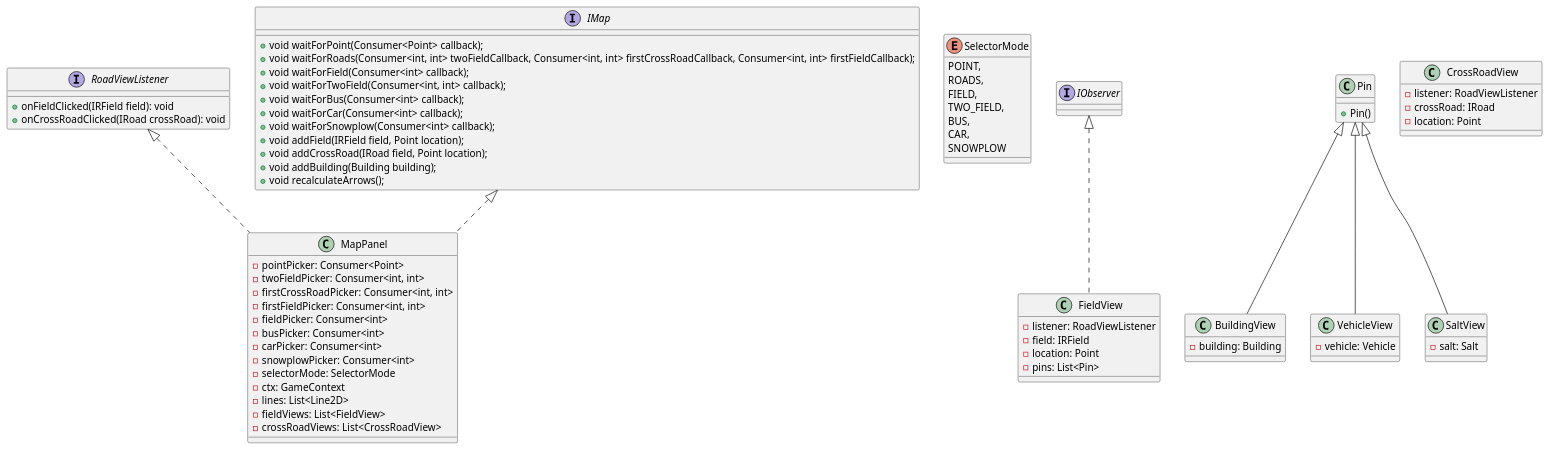
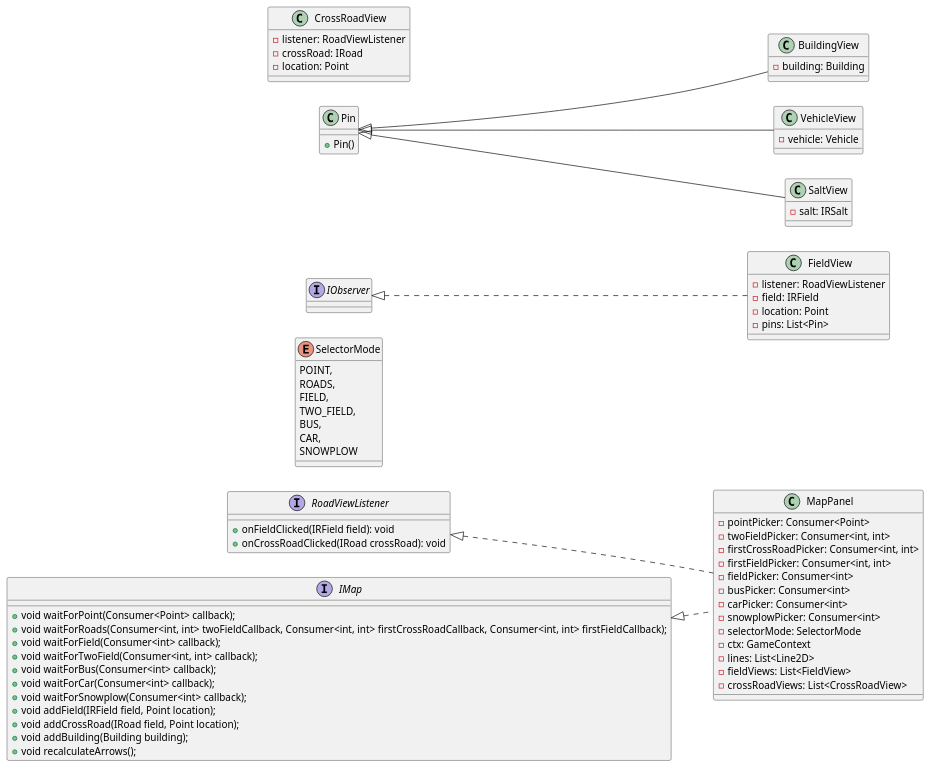
Before and after one commit to uhrinandor/spring: the diagram in docs/graphics/class/Map.plantuml, drawn with PlantUML.

Commit message:
irsalt in saltview

```diff
--- a/docs/graphics/class/Map.plantuml
+++ b/docs/graphics/class/Map.plantuml
@@ -1,78 +1,78 @@
 @startuml
-
+left to right direction
 interface RoadViewListener{
     + onFieldClicked(IRField field): void
     + onCrossRoadClicked(IRoad crossRoad): void
 }
 
 enum SelectorMode{
     POINT,
     ROADS,
     FIELD,
     TWO_FIELD,
     BUS,
     CAR,
     SNOWPLOW
 }
 
 interface IMap {
     +void waitForPoint(Consumer<Point> callback);
     +void waitForRoads(Consumer<int, int> twoFieldCallback, Consumer<int, int> firstCrossRoadCallback, Consumer<int, int> firstFieldCallback);
     +void waitForField(Consumer<int> callback);
     +void waitForTwoField(Consumer<int, int> callback);
     +void waitForBus(Consumer<int> callback);
     +void waitForCar(Consumer<int> callback);
     +void waitForSnowplow(Consumer<int> callback);
     +void addField(IRField field, Point location);
     +void addCrossRoad(IRoad field, Point location);
     +void addBuilding(Building building);
     +void recalculateArrows();
 }
 
 class MapPanel implements IMap, RoadViewListener {
     - pointPicker: Consumer<Point>
     - twoFieldPicker: Consumer<int, int>
     - firstCrossRoadPicker: Consumer<int, int>
     - firstFieldPicker: Consumer<int, int>
     - fieldPicker: Consumer<int>
     - busPicker: Consumer<int>
     - carPicker: Consumer<int>
     - snowplowPicker: Consumer<int>
     - selectorMode: SelectorMode
     - ctx: GameContext
     - lines: List<Line2D>
     - fieldViews: List<FieldView>
     - crossRoadViews: List<CrossRoadView>
 }
 
 class FieldView implements IObserver{
     - listener: RoadViewListener
     - field: IRField
     - location: Point
     - pins: List<Pin>
 }
 
 'Stone és Salt-ot ebben tudjuk megjeleníteni, ezt a generikust tároljuk a FieldView-ban
 class Pin {
     + Pin()
 }
 
 class BuildingView extends Pin{
     - building: Building
 }
 
 class VehicleView extends Pin{
     - vehicle: Vehicle
 }
 
 class SaltView extends Pin{
-    - salt: Salt
+    - salt: IRSalt
 }
 
 class CrossRoadView {
     - listener: RoadViewListener
     - crossRoad: IRoad
     - location: Point
 }
 
 @enduml
```
